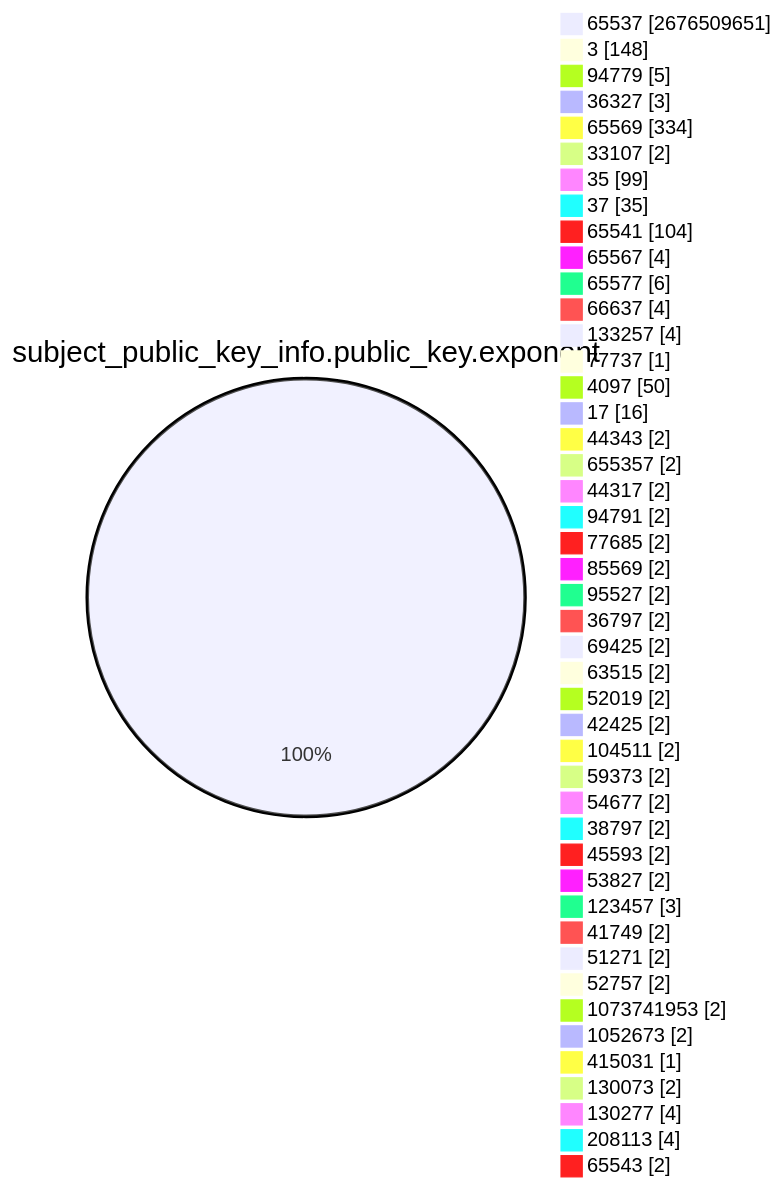
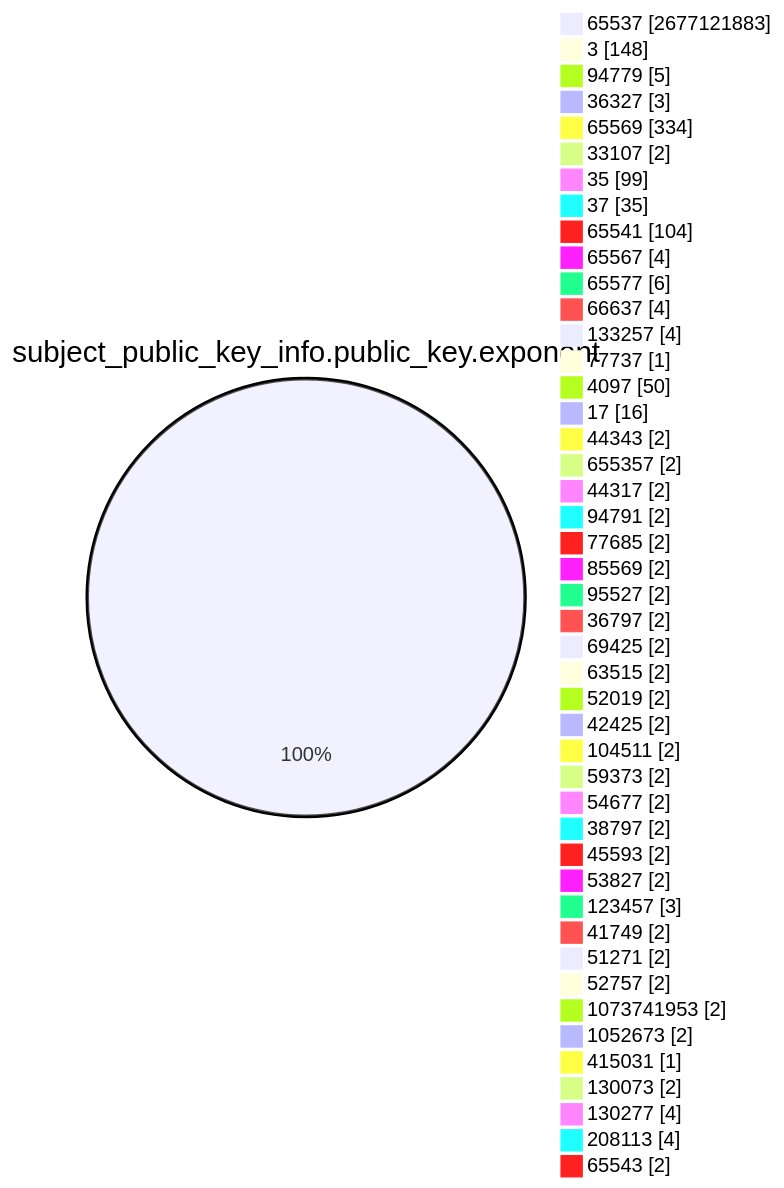
One commit to christiankrug/ctmonitor_visualization changed the fourth of 15 diagrams in TOTAL/README.md. Above: the diagram before and after it, drawn with Mermaid. The commit also changed other lines of this file, not shown here.

````diff
--- a/TOTAL/README.md
+++ b/TOTAL/README.md
@@ -1466,49 +1466,49 @@
 ```mermaid
 pie showData
 title subject_public_key_info.public_key.exponent
-"65537" :2676509651
+"65537" :2677121883
 "3" :148
 "94779" :5
 "36327" :3
 "65569" :334
 "33107" :2
 "35" :99
 "37" :35
 "65541" :104
 "65567" :4
 "65577" :6
 "66637" :4
 "133257" :4
 "77737" :1
 "4097" :50
 "17" :16
 "44343" :2
 "655357" :2
 "44317" :2
 "94791" :2
 "77685" :2
 "85569" :2
 "95527" :2
 "36797" :2
 "69425" :2
 "63515" :2
 "52019" :2
 "42425" :2
 "104511" :2
 "59373" :2
 "54677" :2
 "38797" :2
 "45593" :2
 "53827" :2
 "123457" :3
 "41749" :2
 "51271" :2
 "52757" :2
 "1073741953" :2
 "1052673" :2
 "415031" :1
 "130073" :2
 "130277" :4
 "208113" :4
 "65543" :2
 ```
````
